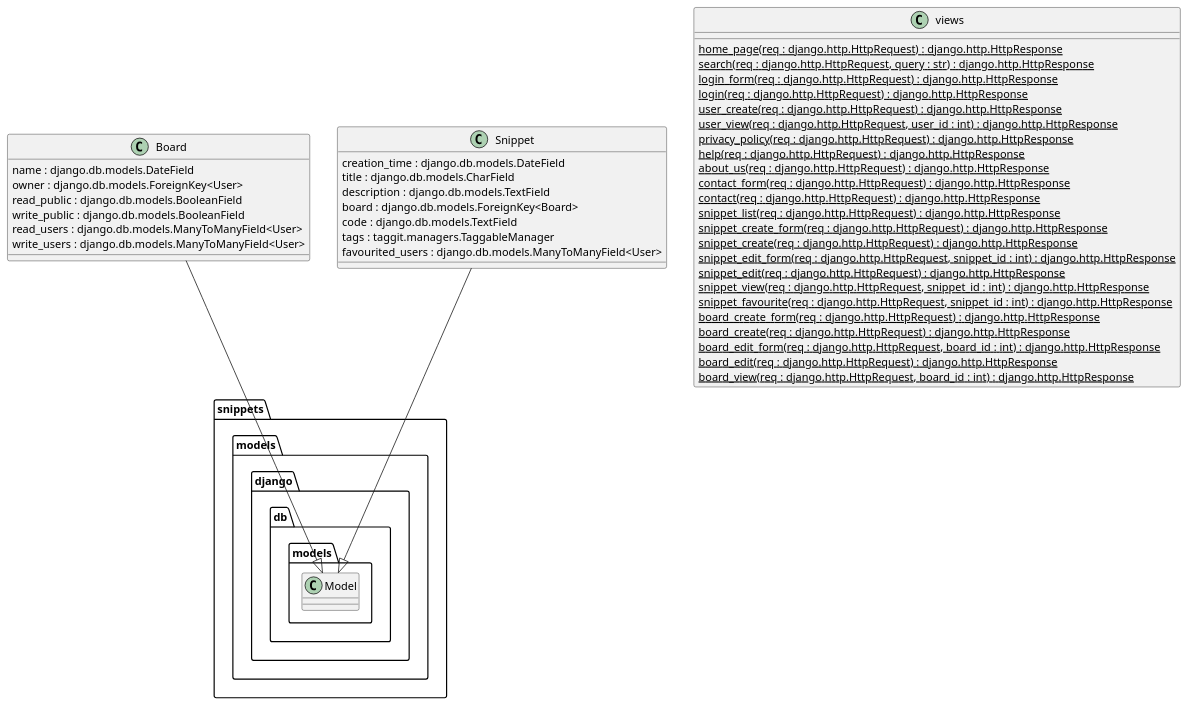
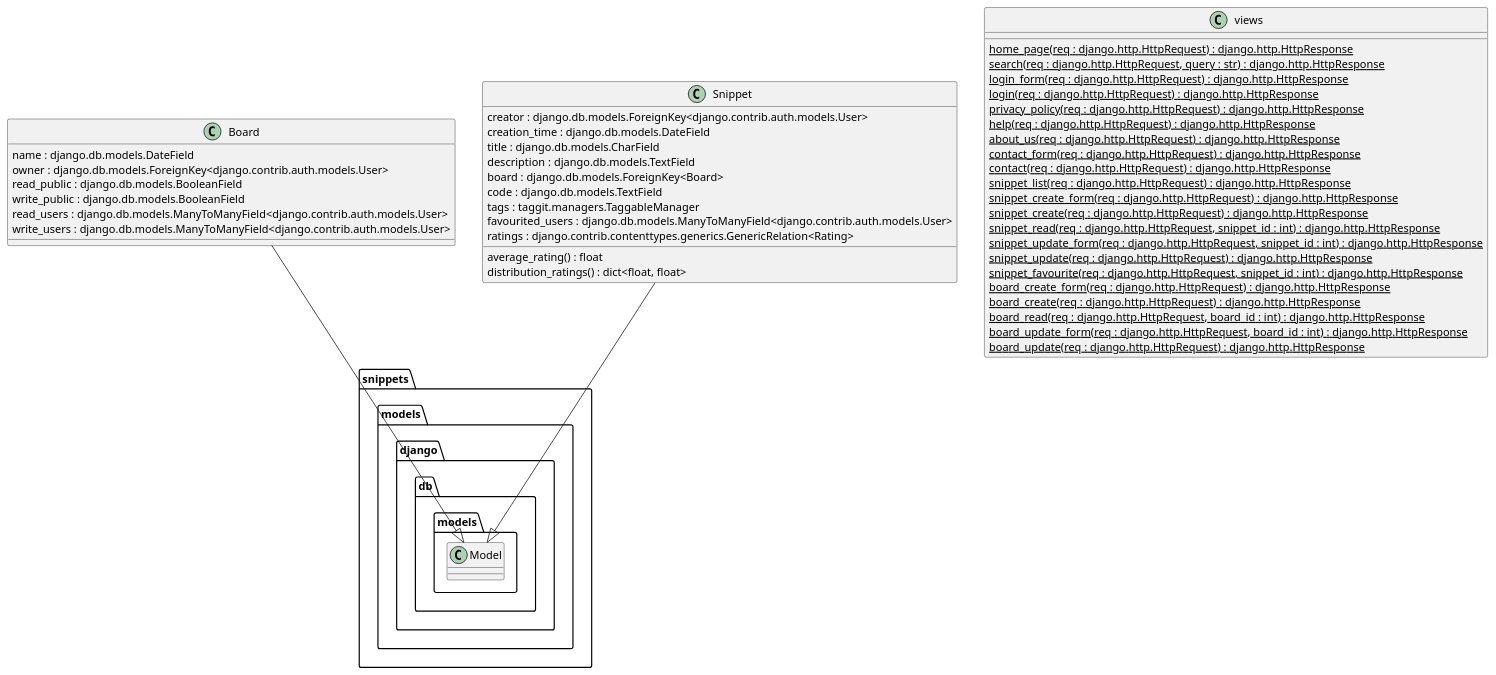
One commit to schnip-it/schnip.it changed the first of 3 diagrams in doc/writeup/design/classes.plantuml. Above: the diagram before and after it, drawn with PlantUML. The commit also changed other lines of this file and 2 other files, not shown here.

Commit message:
Update PlantUML

```diff
--- a/doc/writeup/design/classes.plantuml
+++ b/doc/writeup/design/classes.plantuml
@@ -1,52 +1,55 @@
 @startuml class_snippets.png
 namespace snippets {
     namespace snippets.models {
         class .Board {
             name : django.db.models.DateField
-            owner : django.db.models.ForeignKey<User>
+            owner : django.db.models.ForeignKey<django.contrib.auth.models.User>
             read_public : django.db.models.BooleanField
             write_public : django.db.models.BooleanField
-            read_users : django.db.models.ManyToManyField<User>
-            write_users : django.db.models.ManyToManyField<User>
+            read_users : django.db.models.ManyToManyField<django.contrib.auth.models.User>
+            write_users : django.db.models.ManyToManyField<django.contrib.auth.models.User>
         }
         .Board --|> django.db.models.Model
             
         class .Snippet {
+            creator : django.db.models.ForeignKey<django.contrib.auth.models.User>
             creation_time : django.db.models.DateField
             title : django.db.models.CharField
             description : django.db.models.TextField
             board : django.db.models.ForeignKey<Board>
             code : django.db.models.TextField
             tags : taggit.managers.TaggableManager
-            favourited_users : django.db.models.ManyToManyField<User>
+            favourited_users : django.db.models.ManyToManyField<django.contrib.auth.models.User>
+            ratings : django.contrib.contenttypes.generics.GenericRelation<Rating>
+            
+            average_rating() : float
+            distribution_ratings() : dict<float, float>
         }
         .Snippet --|> django.db.models.Model
     }
 
     class .views {
         {static} home_page(req : django.http.HttpRequest) : django.http.HttpResponse
         {static} search(req : django.http.HttpRequest, query : str) : django.http.HttpResponse
         {static} login_form(req : django.http.HttpRequest) : django.http.HttpResponse
         {static} login(req : django.http.HttpRequest) : django.http.HttpResponse
-        {static} user_create(req : django.http.HttpRequest) : django.http.HttpResponse
-        {static} user_view(req : django.http.HttpRequest, user_id : int) : django.http.HttpResponse
         {static} privacy_policy(req : django.http.HttpRequest) : django.http.HttpResponse
         {static} help(req : django.http.HttpRequest) : django.http.HttpResponse
         {static} about_us(req : django.http.HttpRequest) : django.http.HttpResponse
         {static} contact_form(req : django.http.HttpRequest) : django.http.HttpResponse
         {static} contact(req : django.http.HttpRequest) : django.http.HttpResponse
         {static} snippet_list(req : django.http.HttpRequest) : django.http.HttpResponse
         {static} snippet_create_form(req : django.http.HttpRequest) : django.http.HttpResponse
         {static} snippet_create(req : django.http.HttpRequest) : django.http.HttpResponse
-        {static} snippet_edit_form(req : django.http.HttpRequest, snippet_id : int) : django.http.HttpResponse
-        {static} snippet_edit(req : django.http.HttpRequest) : django.http.HttpResponse
-        {static} snippet_view(req : django.http.HttpRequest, snippet_id : int) : django.http.HttpResponse
+        {static} snippet_read(req : django.http.HttpRequest, snippet_id : int) : django.http.HttpResponse
+        {static} snippet_update_form(req : django.http.HttpRequest, snippet_id : int) : django.http.HttpResponse
+        {static} snippet_update(req : django.http.HttpRequest) : django.http.HttpResponse
         {static} snippet_favourite(req : django.http.HttpRequest, snippet_id : int) : django.http.HttpResponse
         {static} board_create_form(req : django.http.HttpRequest) : django.http.HttpResponse
         {static} board_create(req : django.http.HttpRequest) : django.http.HttpResponse
-        {static} board_edit_form(req : django.http.HttpRequest, board_id : int) : django.http.HttpResponse
-        {static} board_edit(req : django.http.HttpRequest) : django.http.HttpResponse
-        {static} board_view(req : django.http.HttpRequest, board_id : int) : django.http.HttpResponse
+        {static} board_read(req : django.http.HttpRequest, board_id : int) : django.http.HttpResponse
+        {static} board_update_form(req : django.http.HttpRequest, board_id : int) : django.http.HttpResponse
+        {static} board_update(req : django.http.HttpRequest) : django.http.HttpResponse
     }
 }
 @enduml
```
